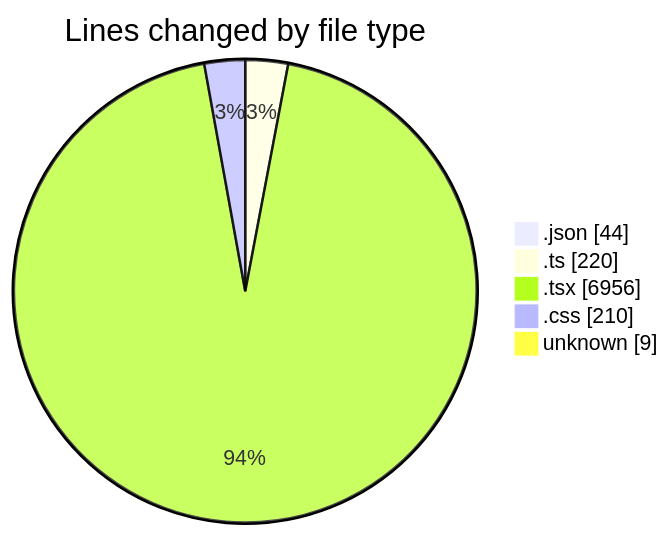
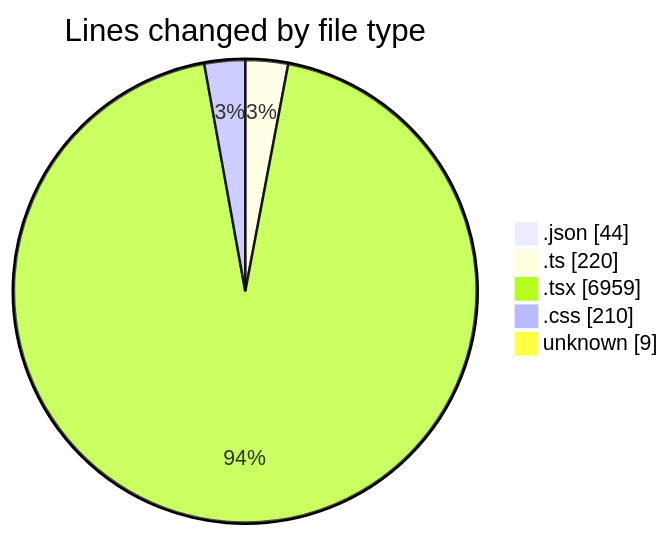
One commit to julien-gomy/code-tracking changed the first of 2 diagrams in 2025-10-24/eventscop-frontend-guide__workspace_/README.md. Above: the diagram before and after it, drawn with Mermaid. The commit also changed other lines of this file and 1 other file, not shown here.

````diff
--- a/2025-10-24/eventscop-frontend-guide__workspace_/README.md
+++ b/2025-10-24/eventscop-frontend-guide__workspace_/README.md
@@ -49,9 +49,9 @@
 ```mermaid
 pie showData
 title Lines changed by file type
 ".json" : 44
 ".ts" : 220
-".tsx" : 6956
+".tsx" : 6959
 ".css" : 210
 "unknown" : 9
 ```
````
